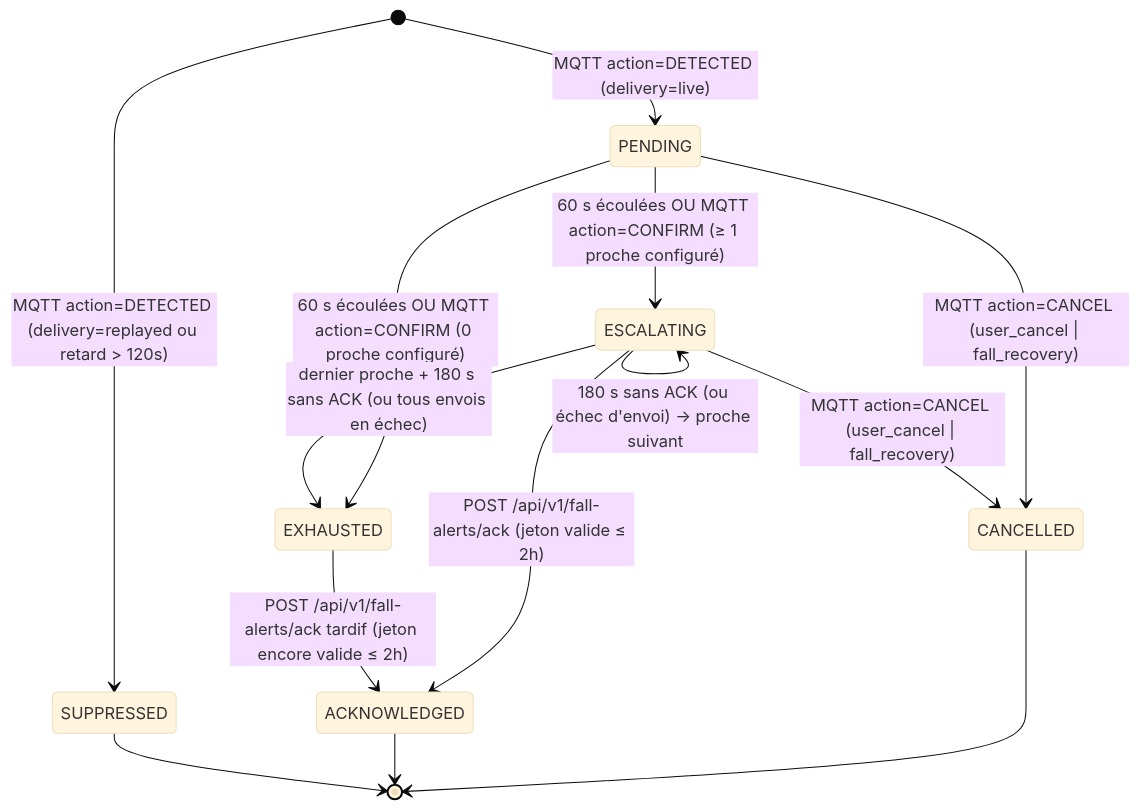
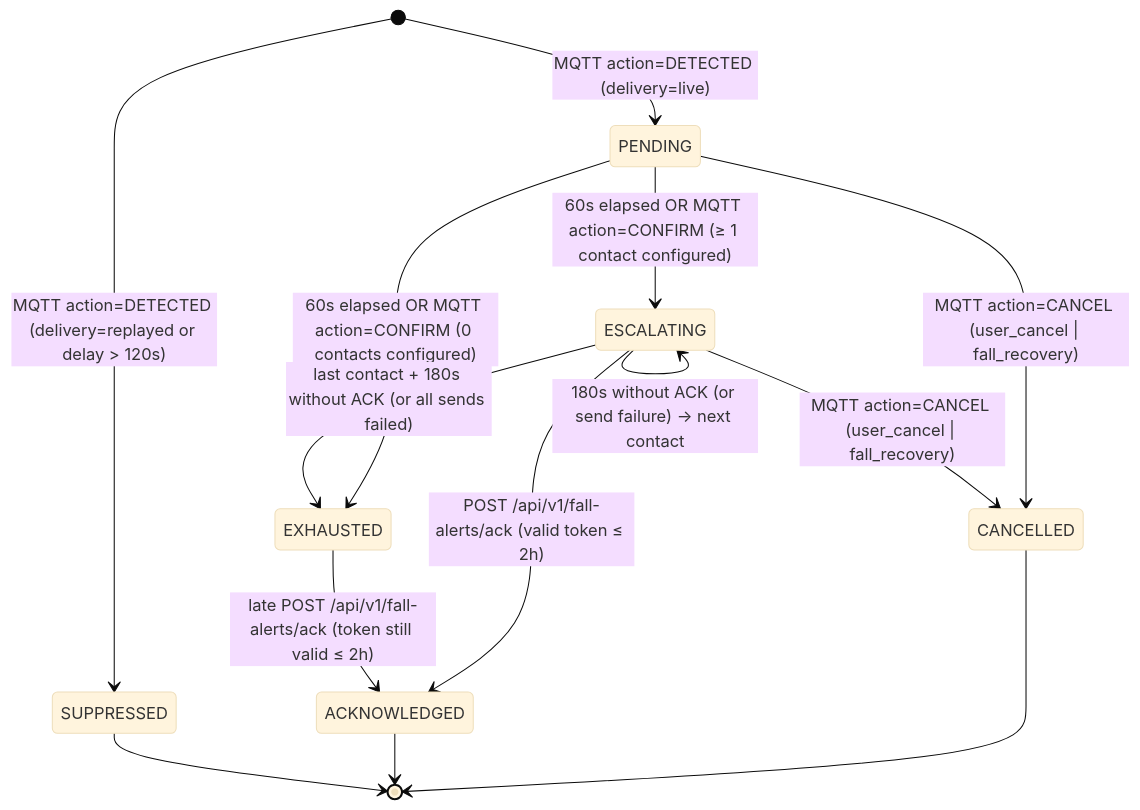
One commit to daverck/health-kicks-ecosystem changed the diagram in contracts/fall_alerting.md. Above: the diagram before and after it, drawn with Mermaid (base theme). The commit also changed other lines of this file and 20 other files, not shown here.

````diff
--- a/contracts/fall_alerting.md
+++ b/contracts/fall_alerting.md
@@ -32,16 +32,16 @@
 ```mermaid
 stateDiagram-v2
     [*] --> PENDING : MQTT action=DETECTED (delivery=live)
-    [*] --> SUPPRESSED : MQTT action=DETECTED (delivery=replayed ou retard > 120s)
+    [*] --> SUPPRESSED : MQTT action=DETECTED (delivery=replayed or delay > 120s)
     PENDING --> CANCELLED : MQTT action=CANCEL (user_cancel | fall_recovery)
-    PENDING --> ESCALATING : 60 s écoulées OU MQTT action=CONFIRM (≥ 1 proche configuré)
-    PENDING --> EXHAUSTED : 60 s écoulées OU MQTT action=CONFIRM (0 proche configuré)
-    ESCALATING --> ESCALATING : 180 s sans ACK (ou échec d'envoi) → proche suivant
+    PENDING --> ESCALATING : 60s elapsed OR MQTT action=CONFIRM (≥ 1 contact configured)
+    PENDING --> EXHAUSTED : 60s elapsed OR MQTT action=CONFIRM (0 contacts configured)
+    ESCALATING --> ESCALATING : 180s without ACK (or send failure) → next contact
     ESCALATING --> CANCELLED : MQTT action=CANCEL (user_cancel | fall_recovery)
-    ESCALATING --> ACKNOWLEDGED : POST /api/v1/fall-alerts/ack (jeton valide ≤ 2h)
-    ESCALATING --> EXHAUSTED : dernier proche + 180 s sans ACK (ou tous envois en échec)
-    EXHAUSTED --> ACKNOWLEDGED : POST /api/v1/fall-alerts/ack tardif (jeton encore valide ≤ 2h)
+    ESCALATING --> ACKNOWLEDGED : POST /api/v1/fall-alerts/ack (valid token ≤ 2h)
+    ESCALATING --> EXHAUSTED : last contact + 180s without ACK (or all sends failed)
+    EXHAUSTED --> ACKNOWLEDGED : late POST /api/v1/fall-alerts/ack (token still valid ≤ 2h)
     CANCELLED --> [*]
     ACKNOWLEDGED --> [*]
     SUPPRESSED --> [*]
 ```
````
